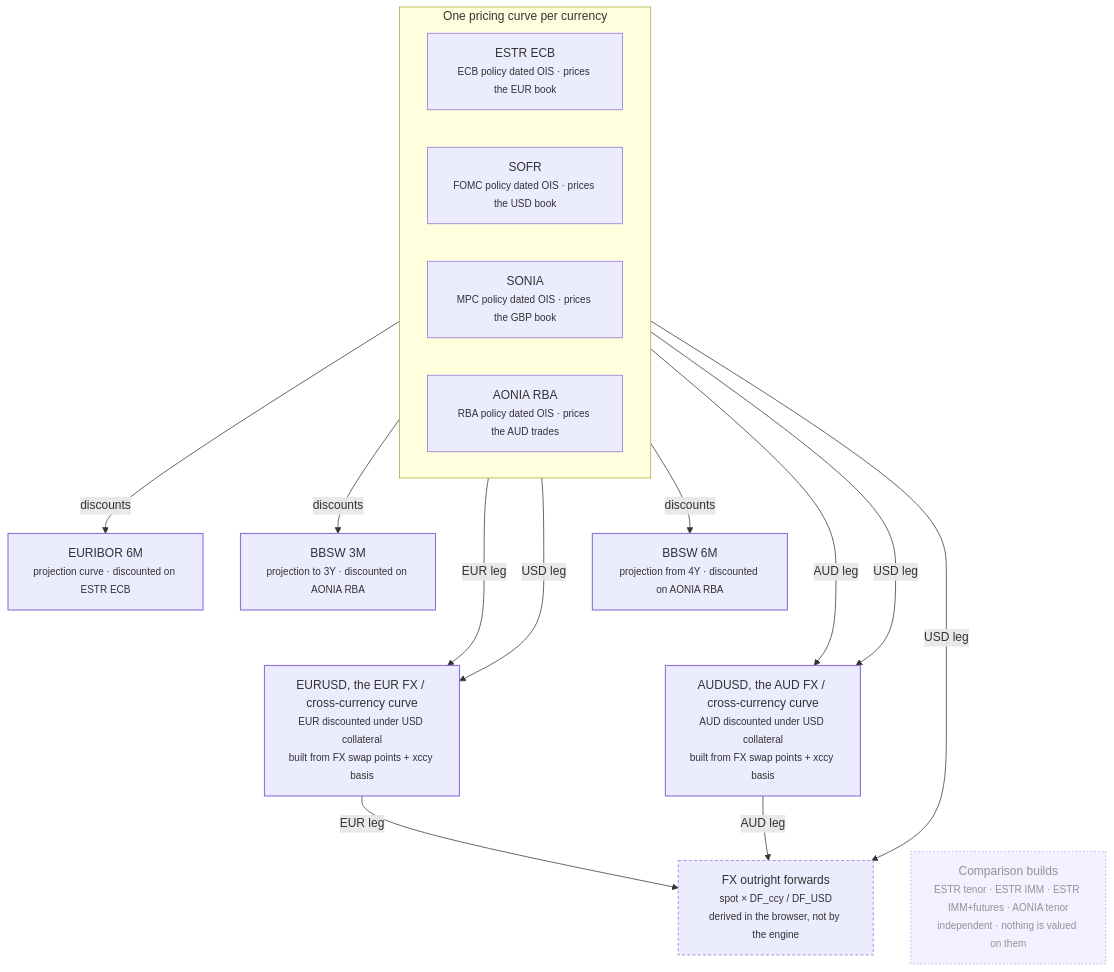
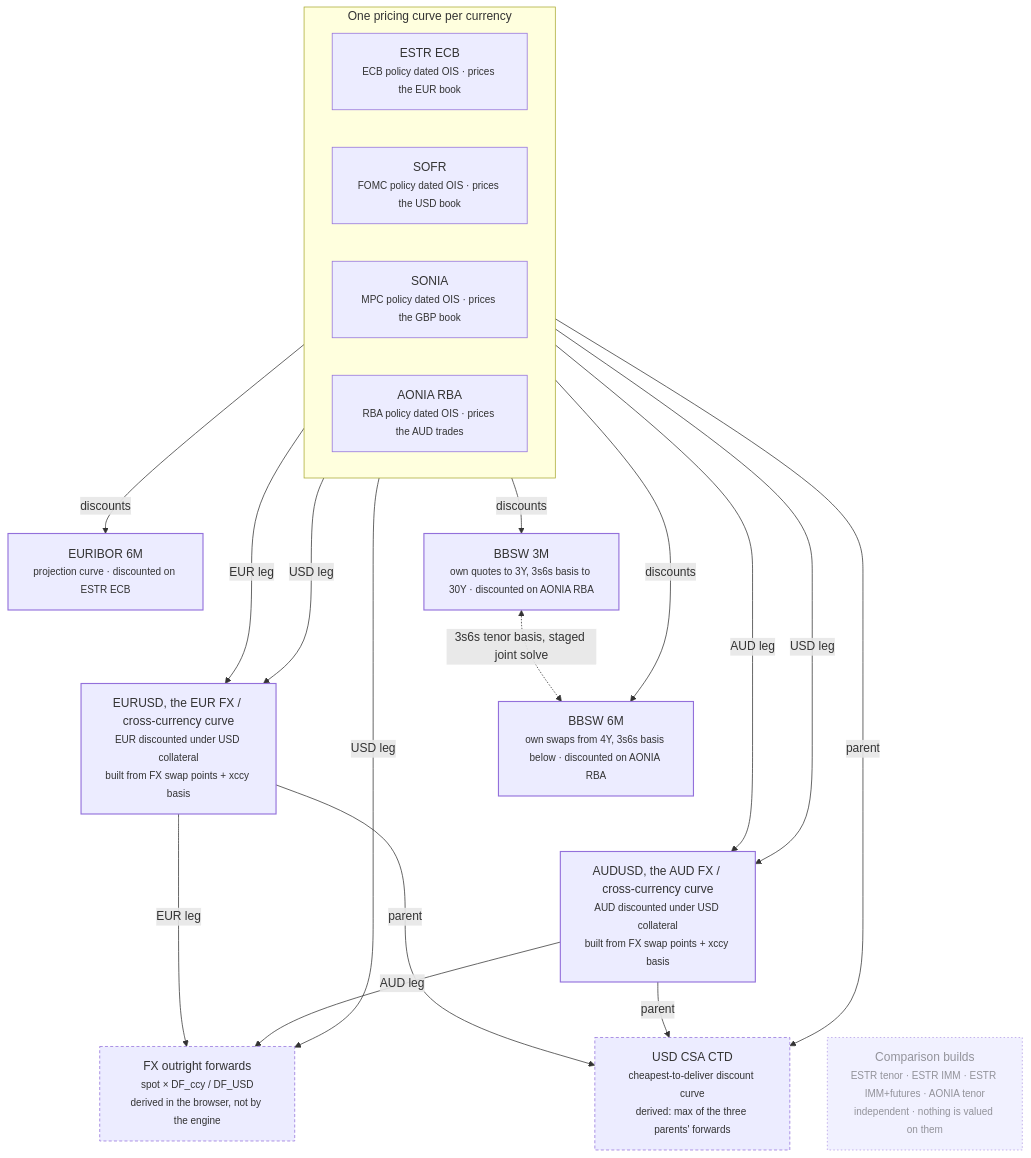
The diagram in src/components/dashboards/curve_model/diagrams/curve-graph.mmd (jrwglover/portfolio), drawn with Mermaid before and after one commit. The commit also changed 20 other files, not shown here.

First line of the commit message:
Full-range BBSW pair via 3s6s basis and the USD CSA CTD curve

```diff
--- a/src/components/dashboards/curve_model/diagrams/curve-graph.mmd
+++ b/src/components/dashboards/curve_model/diagrams/curve-graph.mmd
@@ -1,51 +1,57 @@
 %% Which curve needs which, and what is derived from them.
 %% The FX curves are named EURUSD and AUDUSD in the engine and labelled
 %% "under USD collateral" on the chart; both names are given here because
 %% neither on its own makes it obvious that these are the FX/cross-currency
 %% curves.
 %% One curve per currency prices the book: ESTR ECB, SOFR, SONIA and AONIA
 %% RBA. The four comparison builds (ESTR tenor, ESTR IMM, ESTR IMM+futures,
 %% AONIA tenor) carry no dependencies and nothing is valued on them, so they
 %% share one node instead of stretching the top row to eight boxes.
 flowchart TB
   subgraph PRC [One pricing curve per currency]
     direction LR
     ECB["ESTR ECB<br/><small>ECB policy dated OIS · prices the EUR book</small>"]
     SOFR["SOFR<br/><small>FOMC policy dated OIS · prices the USD book</small>"]
     SONIA["SONIA<br/><small>MPC policy dated OIS · prices the GBP book</small>"]
     RBA["AONIA RBA<br/><small>RBA policy dated OIS · prices the AUD trades</small>"]
   end
 
   E6["EURIBOR 6M<br/><small>projection curve · discounted on ESTR ECB</small>"]
-  B3["BBSW 3M<br/><small>projection to 3Y · discounted on AONIA RBA</small>"]
-  B6["BBSW 6M<br/><small>projection from 4Y · discounted on AONIA RBA</small>"]
+  B3["BBSW 3M<br/><small>own quotes to 3Y, 3s6s basis to 30Y · discounted on AONIA RBA</small>"]
+  B6["BBSW 6M<br/><small>own swaps from 4Y, 3s6s basis below · discounted on AONIA RBA</small>"]
   XC["EURUSD, the EUR FX / cross-currency curve<br/><small>EUR discounted under USD collateral</small><br/><small>built from FX swap points + xccy basis</small>"]
   AXC["AUDUSD, the AUD FX / cross-currency curve<br/><small>AUD discounted under USD collateral</small><br/><small>built from FX swap points + xccy basis</small>"]
 
   ECB -- "discounts" --> E6
   ECB -- "EUR leg" --> XC
   SOFR -- "USD leg" --> XC
   RBA -- "discounts" --> B3
   RBA -- "discounts" --> B6
+  B3 <-. "3s6s tenor basis, staged joint solve" .-> B6
   RBA -- "AUD leg" --> AXC
   SOFR -- "USD leg" --> AXC
 
   %% Invisible edges push the two xccy curves onto their own row; five
   %% 260px nodes on one rank made the SVG too wide to read in the panel.
   E6 ~~~ XC
   B6 ~~~ AXC
 
   FWD["FX outright forwards<br/><small>spot × DF_ccy / DF_USD</small><br/><small>derived in the browser, not by the engine</small>"]
   XC -- "EUR leg" --> FWD
   AXC -- "AUD leg" --> FWD
   SOFR -- "USD leg" --> FWD
 
+  CTD["USD CSA CTD<br/><small>cheapest-to-deliver discount curve</small><br/><small>derived: max of the three parents' forwards</small>"]
+  SOFR -- "parent" --> CTD
+  XC -- "parent" --> CTD
+  AXC -- "parent" --> CTD
+
   CMP["Comparison builds<br/><small>ESTR tenor · ESTR IMM · ESTR IMM+futures · AONIA tenor</small><br/><small>independent · nothing is valued on them</small>"]
   AXC ~~~ CMP
 
   classDef dep stroke-width:1.5px
   classDef derived stroke-dasharray:4 3
   classDef cmp stroke-dasharray:2 3,opacity:0.7
   class E6,B3,B6,XC,AXC dep
-  class FWD derived
+  class FWD,CTD derived
   class CMP cmp
```
